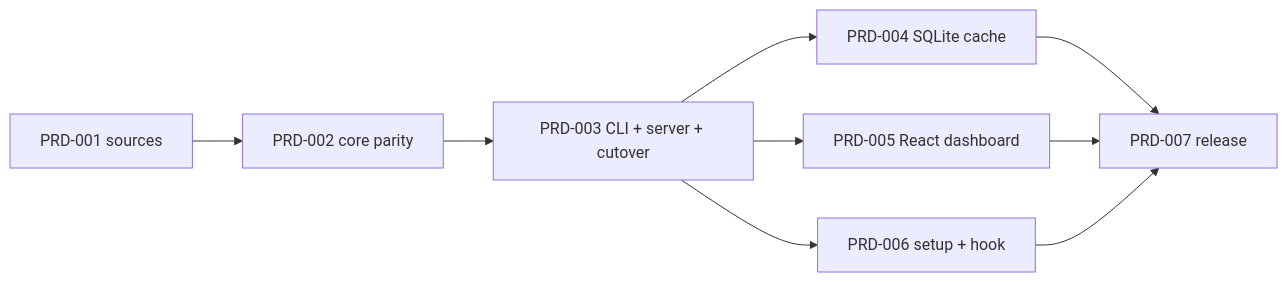
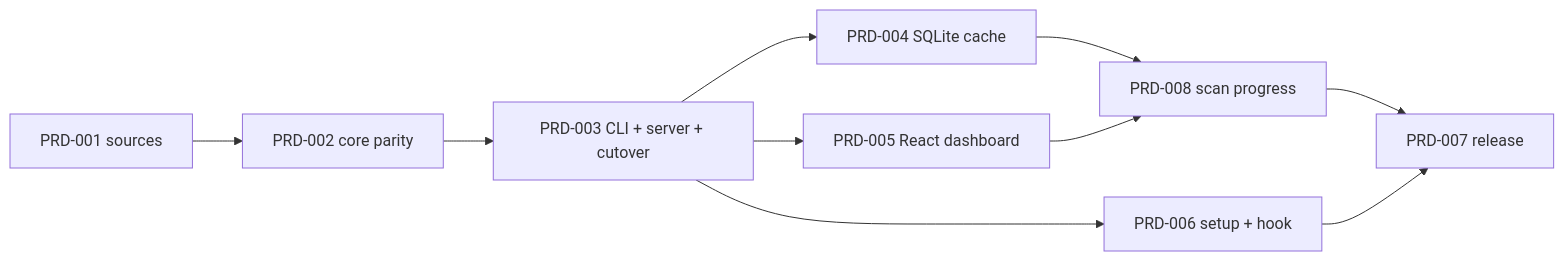
One commit to jonit-dev/token-furnace changed the diagram in docs/PRDs/active/npx-restructure/README.md. Above: the diagram before and after it, drawn with Mermaid. The commit also changed other lines of this file and 3 other files, not shown here.

Commit message:
docs: PRD-008 scan progress (spinner, progress bar, async scan) before release

````diff
--- a/docs/PRDs/active/npx-restructure/README.md
+++ b/docs/PRDs/active/npx-restructure/README.md
@@ -23,10 +24,11 @@
 ```mermaid
 flowchart LR
   P1[PRD-001 sources] --> P2[PRD-002 core parity] --> P3[PRD-003 CLI + server + cutover]
   P3 --> P4[PRD-004 SQLite cache]
   P3 --> P5[PRD-005 React dashboard]
   P3 --> P6[PRD-006 setup + hook]
-  P4 --> P7[PRD-007 release]
-  P5 --> P7
+  P4 --> P8[PRD-008 scan progress]
+  P5 --> P8
+  P8 --> P7[PRD-007 release]
   P6 --> P7
 ```
````
